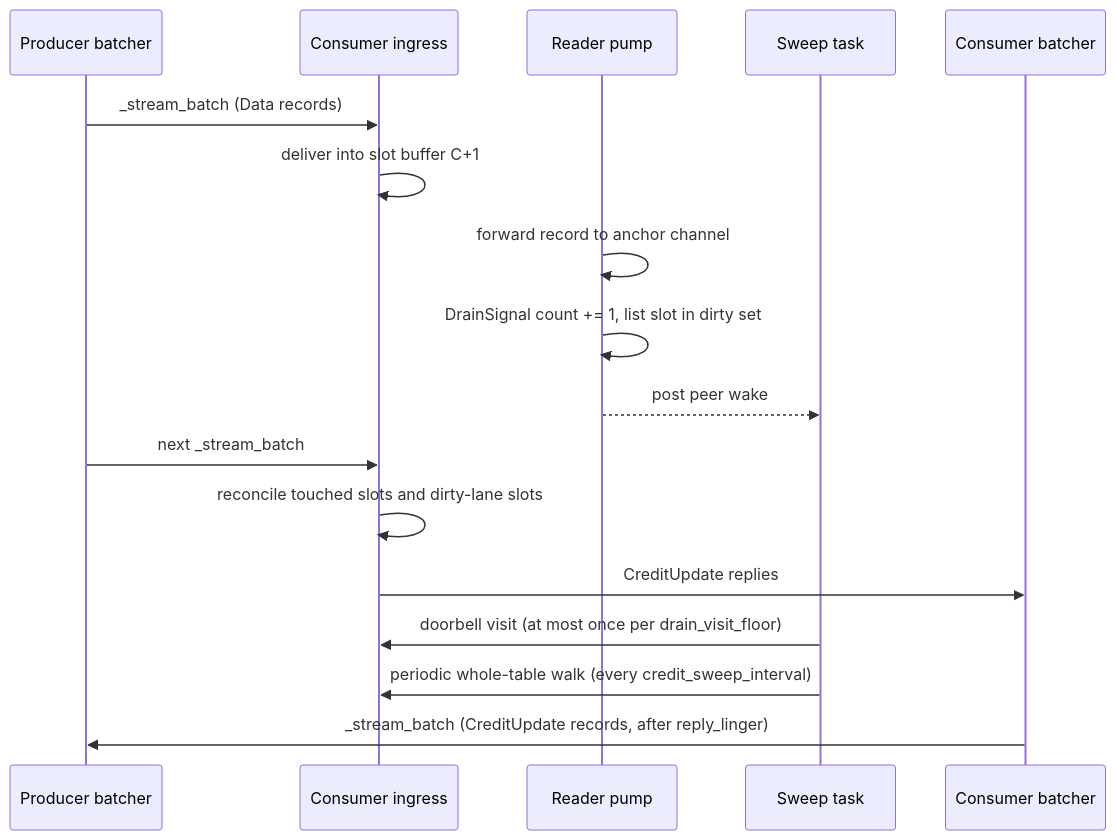
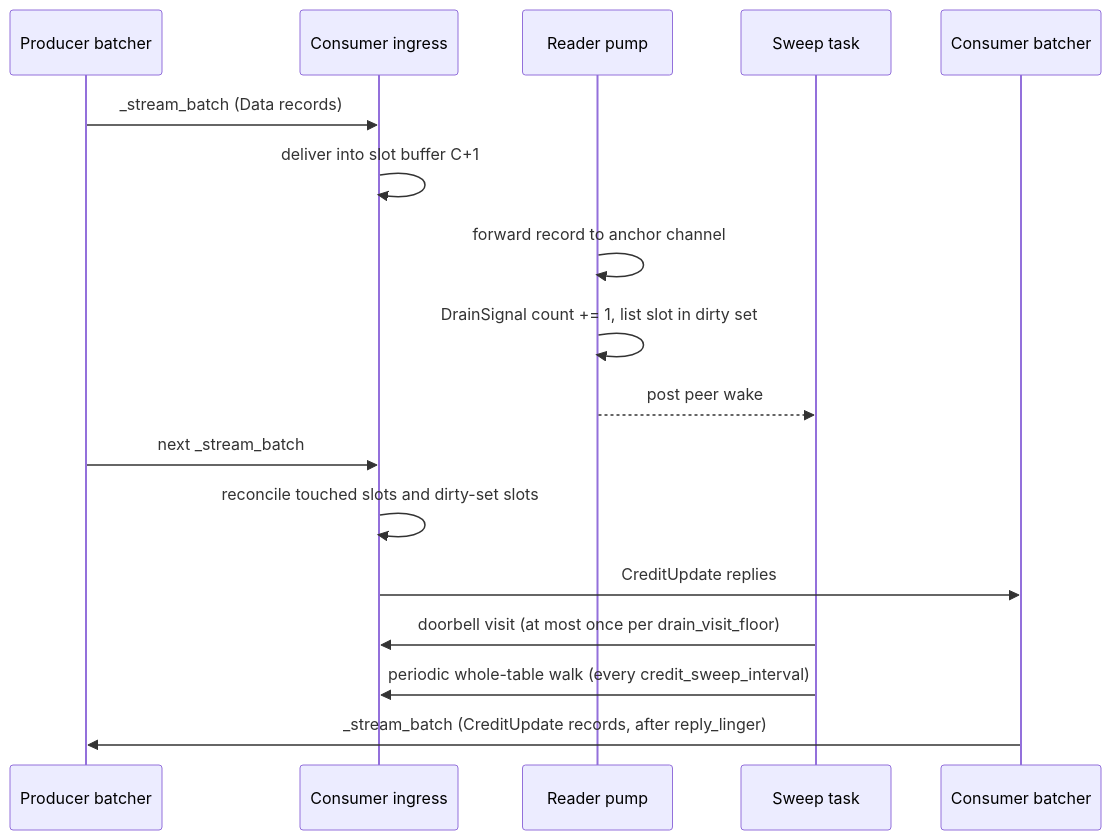
The second of 2 diagrams in docs/src/concepts/batched-streaming.md (ai-dynamo/velo), drawn with Mermaid before and after one commit. The commit also changed other lines of this file and 10 other files, not shown here.

First line of the commit message:
fix(mux): never refuse a drain wake; review fixes for the dirty set

````diff
--- a/docs/src/concepts/batched-streaming.md
+++ b/docs/src/concepts/batched-streaming.md
@@ -232,19 +232,19 @@
 ```mermaid
 sequenceDiagram
     participant P as Producer batcher
     participant I as Consumer ingress
     participant R as Reader pump
     participant S as Sweep task
     participant B as Consumer batcher
     P->>I: _stream_batch (Data records)
     I->>I: deliver into slot buffer C+1
     R->>R: forward record to anchor channel
     R->>R: DrainSignal count += 1, list slot in dirty set
     R-->>S: post peer wake
     P->>I: next _stream_batch
-    I->>I: reconcile touched slots and dirty-lane slots
+    I->>I: reconcile touched slots and dirty-set slots
     I->>B: CreditUpdate replies
     S->>I: doorbell visit (at most once per drain_visit_floor)
     S->>I: periodic whole-table walk (every credit_sweep_interval)
     B->>P: _stream_batch (CreditUpdate records, after reply_linger)
 ```
````
